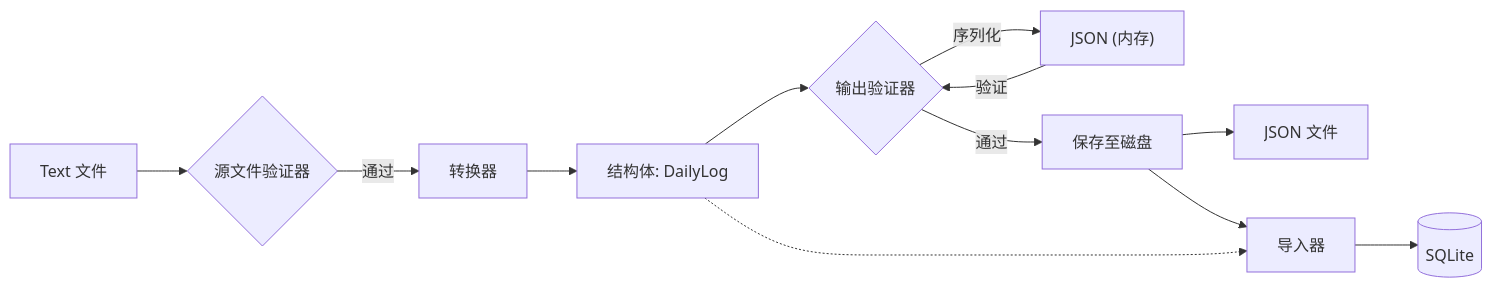
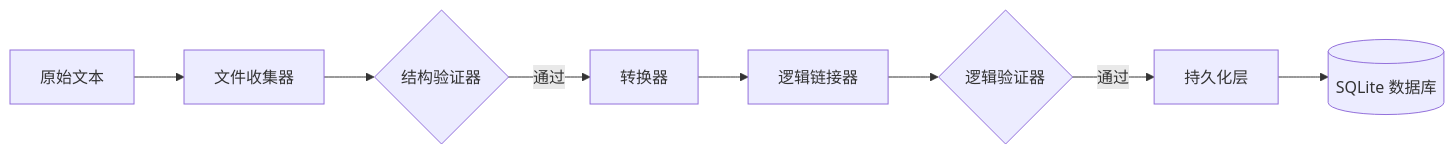
Before and after one commit to camellia2077/time_tracer: the diagram in docs/time_tracer/workflow_cn.md, drawn with Mermaid. The commit also changed other lines of this file and 60 other files, not shown here.

````diff
--- a/docs/time_tracer/workflow_cn.md
+++ b/docs/time_tracer/workflow_cn.md
@@ -44,20 +13,10 @@
 ```mermaid
 flowchart LR
-    TXT[Text 文件] --> ValSrc{源文件验证器}
+    TXT[原始文本] --> collector[文件收集器]
+    collector --> ValSrc{结构验证器}
     ValSrc -- 通过 --> Conv[转换器]
-    Conv --> Struct["结构体: DailyLog"]
-    Struct --> ValOut{输出验证器}
-    
-    %% 修改了这一行：加上双引号
-    ValOut -- 序列化 --> JSON_Mem["JSON (内存)"]
-    
-    JSON_Mem -- 验证 --> ValOut
-    
-    ValOut -- 通过 --> Save[保存至磁盘]
-    Save --> JSON_Disk[JSON 文件]
-    Save --> Import[导入器]
-    
-    Struct -.-> Import
-    Import --> DB[(SQLite)]
-
+    Conv --> LogicLink[逻辑链接器]
+    LogicLink --> ValLog{逻辑验证器}
+    ValLog -- 通过 --> Persist[持久化层]
+    Persist --> DB[(SQLite 数据库)]
 ```
````
